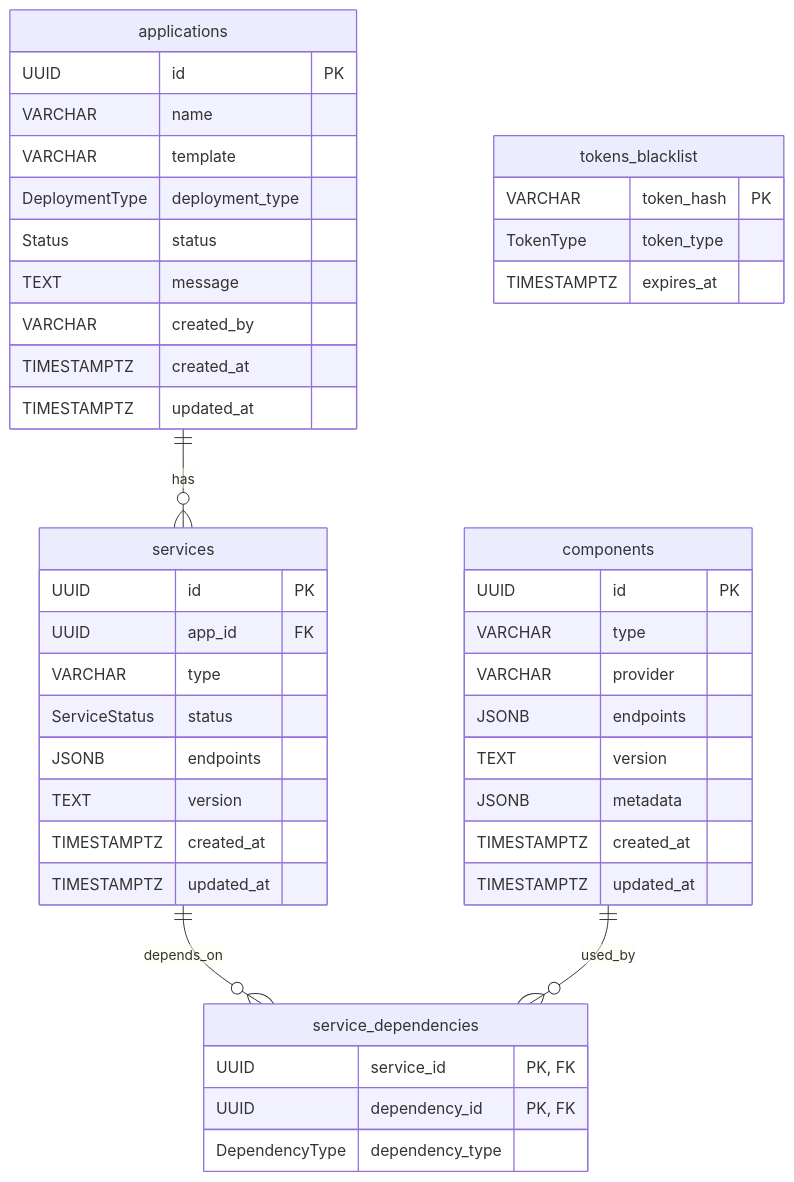
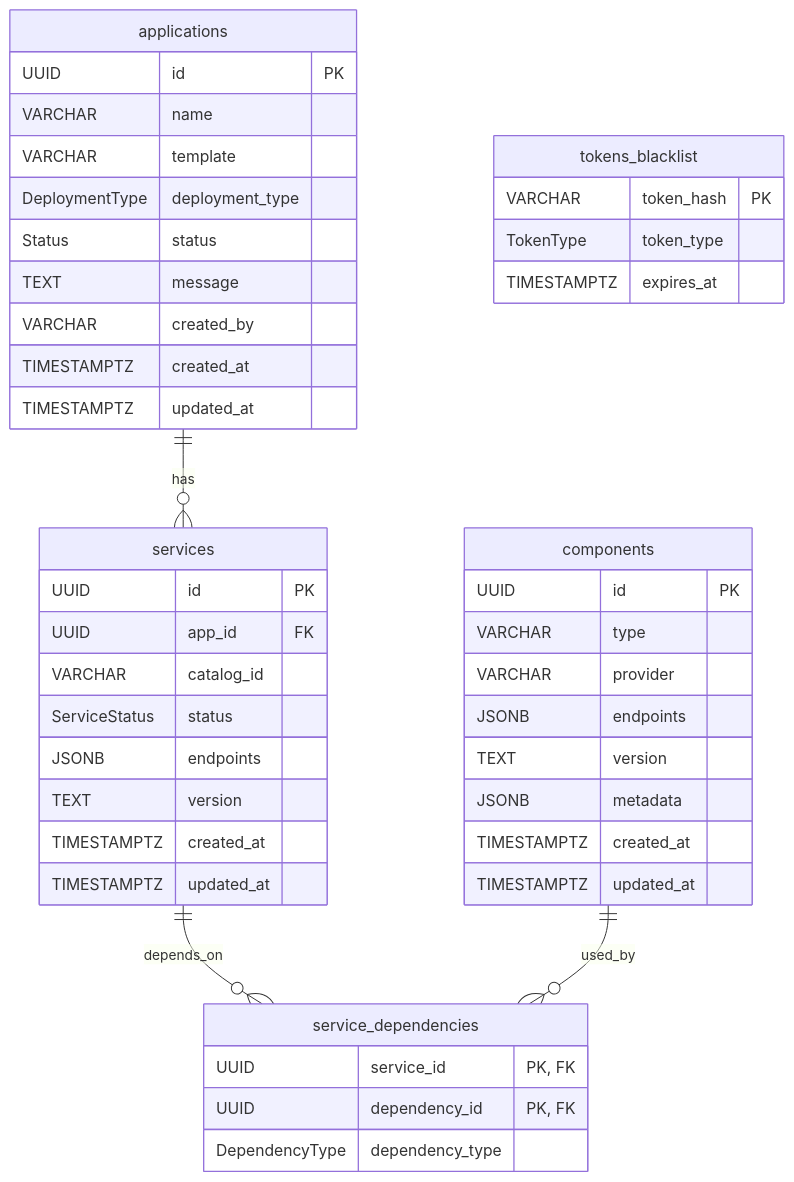
Before and after one commit to IBM/project-ai-services: the diagram in docs/proposals/catalog/db-design-proposal.md, drawn with Mermaid. The commit also changed other lines of this file and 5 other files, not shown here.

Commit message:
Use catalog_id instead of type in services table

````diff
--- a/docs/proposals/catalog/db-design-proposal.md
+++ b/docs/proposals/catalog/db-design-proposal.md
@@ -211,52 +211,52 @@
 ```mermaid
 erDiagram
     applications ||--o{ services : "has"
     services ||--o{ service_dependencies : "depends_on"
     components ||--o{ service_dependencies : "used_by"
     
     applications {
         UUID id PK
         VARCHAR name
         VARCHAR template
         DeploymentType deployment_type
         Status status
         TEXT message
         VARCHAR created_by
         TIMESTAMPTZ created_at
         TIMESTAMPTZ updated_at
     }
     
     services {
         UUID id PK
         UUID app_id FK
-        VARCHAR type
+        VARCHAR catalog_id
         ServiceStatus status
         JSONB endpoints
         TEXT version
         TIMESTAMPTZ created_at
         TIMESTAMPTZ updated_at
     }
     
     components {
         UUID id PK
         VARCHAR type
         VARCHAR provider
         JSONB endpoints
         TEXT version
         JSONB metadata
         TIMESTAMPTZ created_at
         TIMESTAMPTZ updated_at
     }
     
     service_dependencies {
         UUID service_id "PK, FK"
         UUID dependency_id "PK, FK"
         DependencyType dependency_type
     }
     
     tokens_blacklist {
         VARCHAR token_hash PK
         TokenType token_type
         TIMESTAMPTZ expires_at
     }
 ```
````
